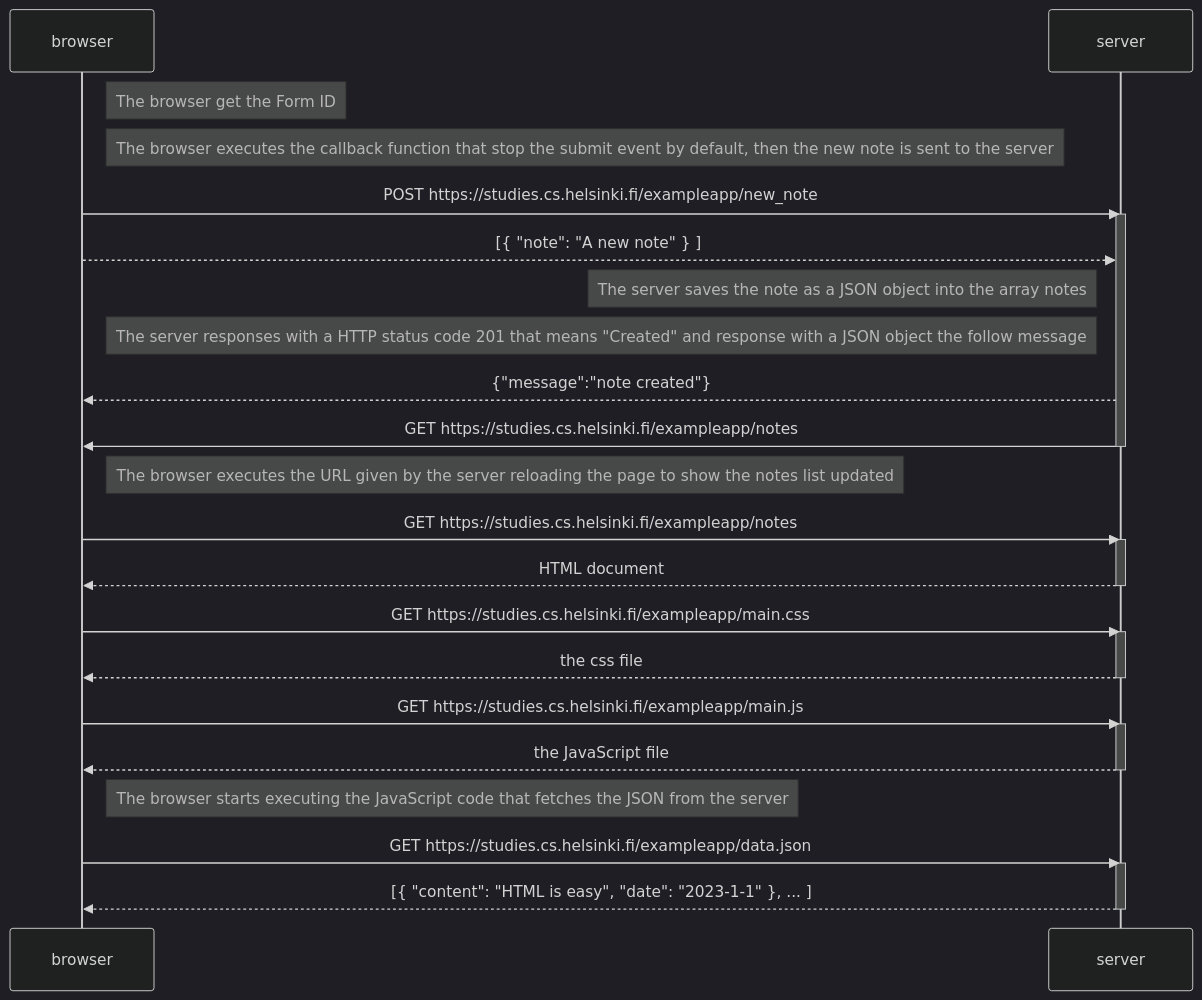
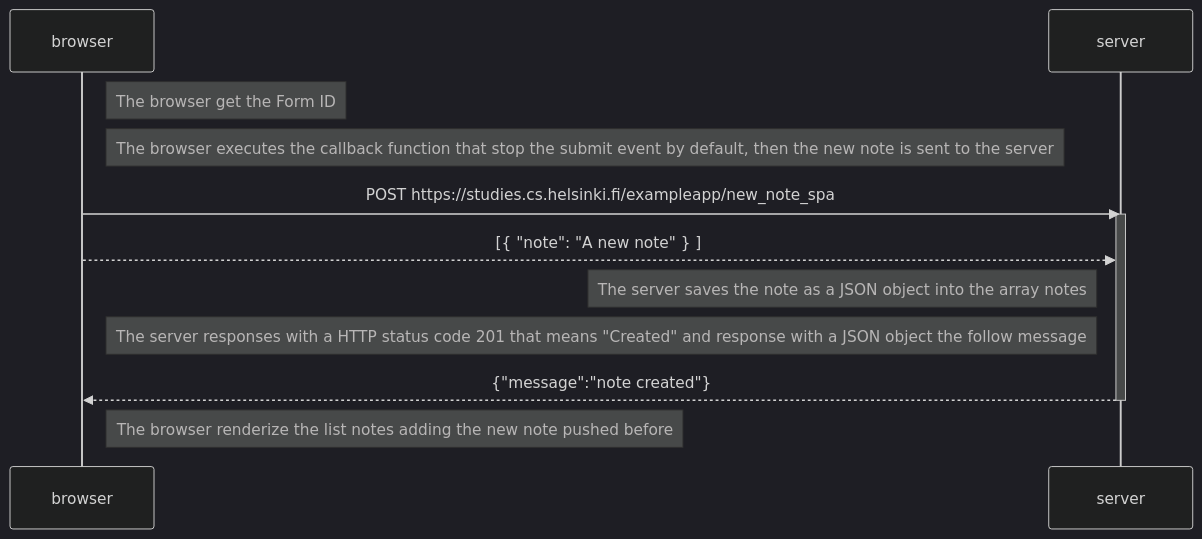
Before and after one commit to claudiainbytes/fullstackopen: the diagram in part0/05.md, drawn with Mermaid (dark theme).

````diff
--- a/part0/05.md
+++ b/part0/05.md
@@ -1,47 +1,23 @@
 ```mermaid
 sequenceDiagram
     participant browser
     participant server
 
     Note right of browser: The browser get the Form ID
 
     Note right of browser: The browser executes the callback function that stop the submit event by default, then the new note is sent to the server
 
-    browser->>server: POST https://studies.cs.helsinki.fi/exampleapp/new_note
+    browser->>server: POST https://studies.cs.helsinki.fi/exampleapp/new_note_spa
     activate server
 
     browser-->>server: [{ "note": "A new note" } ]
 
     Note left of server: The server saves the note as a JSON object into the array notes
 
     Note left of server:  The server responses with a HTTP status code 201 that means "Created" and response with a JSON object the follow message
 
     server-->>browser: {"message":"note created"}
-
-    server->>browser: GET https://studies.cs.helsinki.fi/exampleapp/notes
     deactivate server
 
-    Note right of browser: The browser executes the URL given by the server reloading the page to show the notes list updated
-
-    browser->>server: GET https://studies.cs.helsinki.fi/exampleapp/notes
-    activate server
-    server-->>browser: HTML document
-    deactivate server
-
-    browser->>server: GET https://studies.cs.helsinki.fi/exampleapp/main.css
-    activate server
-    server-->>browser: the css file
-    deactivate server
-
-    browser->>server: GET https://studies.cs.helsinki.fi/exampleapp/main.js
-    activate server
-    server-->>browser: the JavaScript file
-    deactivate server
-
-    Note right of browser: The browser starts executing the JavaScript code that fetches the JSON from the server
-
-    browser->>server: GET https://studies.cs.helsinki.fi/exampleapp/data.json
-    activate server
-    server-->>browser: [{ "content": "HTML is easy", "date": "2023-1-1" }, ... ]
-    deactivate server
+    Note right of browser: The browser renderize the list notes adding the new note pushed before
 ```
````
